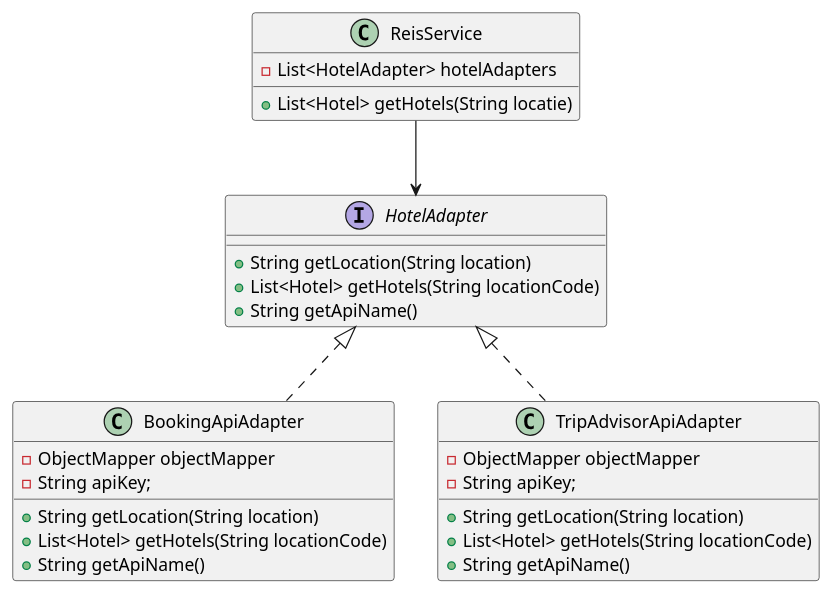
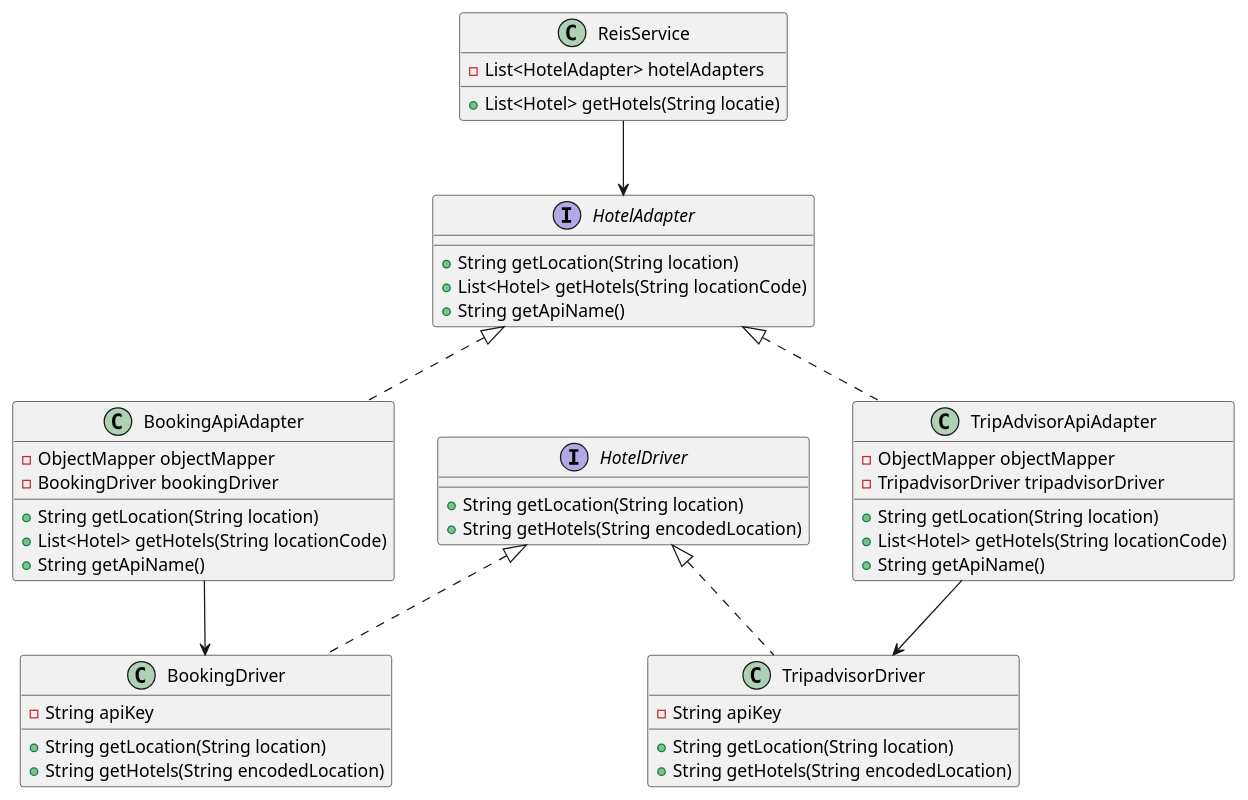
One commit to AIM-ENE-feb25/triptop-groep-b5 changed the diagram in week3/ClassDiagramHotelAdapter.puml. Above: the diagram before and after it, drawn with PlantUML. The commit also changed 6 other files, not shown here.

Commit message:
class diagram aangepast + api drivers toegevoegd

```diff
--- a/week3/ClassDiagramHotelAdapter.puml
+++ b/week3/ClassDiagramHotelAdapter.puml
@@ -1,35 +1,57 @@
 @startuml
 
 class ReisService {
     -List<HotelAdapter> hotelAdapters
     +List<Hotel> getHotels(String locatie)
 }
 
 interface HotelAdapter {
     +String getLocation(String location)
     +List<Hotel> getHotels(String locationCode)
     +String getApiName()
 }
 
 class BookingApiAdapter {
     -ObjectMapper objectMapper
-    -String apiKey;
+    -BookingDriver bookingDriver
     +String getLocation(String location)
     +List<Hotel> getHotels(String locationCode)
     +String getApiName()
 }
 
 class TripAdvisorApiAdapter {
     -ObjectMapper objectMapper
-    -String apiKey;
+    -TripadvisorDriver tripadvisorDriver
     +String getLocation(String location)
     +List<Hotel> getHotels(String locationCode)
     +String getApiName()
 }
 
+interface HotelDriver {
+    +String getLocation(String location)
+    +String getHotels(String encodedLocation)
+}
+
+class TripadvisorDriver {
+    -String apiKey
+    +String getLocation(String location)
+    +String getHotels(String encodedLocation)
+}
+
+class BookingDriver {
+    -String apiKey
+    +String getLocation(String location)
+    +String getHotels(String encodedLocation)
+}
+
+
 ReisService --> HotelAdapter
+HotelDriver <|.. TripadvisorDriver
+HotelDriver <|.. BookingDriver
 HotelAdapter <|.. BookingApiAdapter
 HotelAdapter <|.. TripAdvisorApiAdapter
+BookingApiAdapter --> BookingDriver
+TripAdvisorApiAdapter --> TripadvisorDriver
 
 
 @enduml
```
